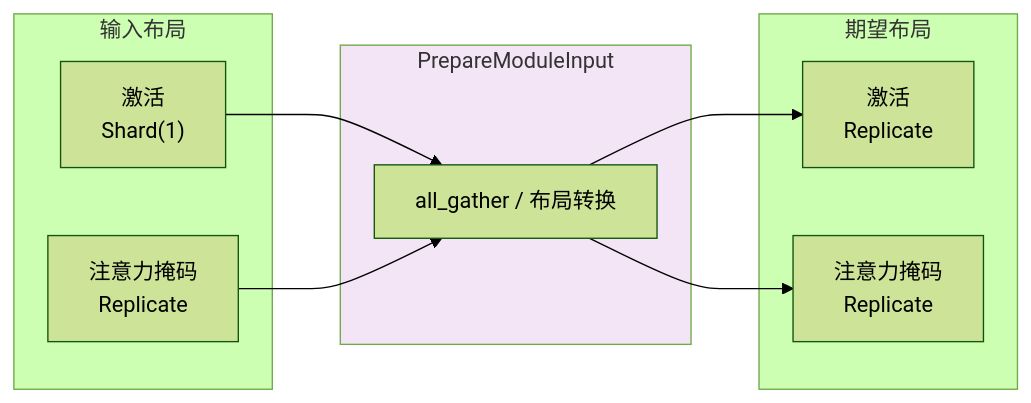
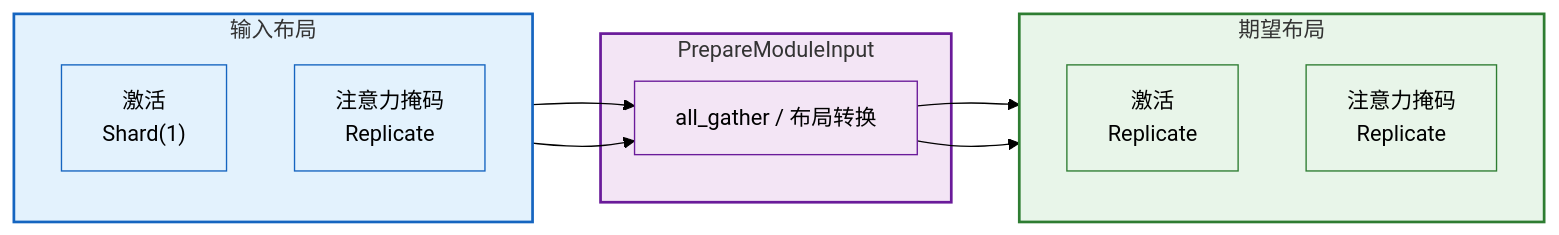
Before and after one commit to jianzhnie/ScaleTorch: diagram 15 of 18 in docs/fsdp2_tp_tutorial.md, drawn with Mermaid (forest theme). The commit also changed other lines of this file, not shown here.

First line of the commit message:
docs(fsdp2_tp_tutorial): refine mermaid diagrams and fix tutorial formatting

````diff
--- a/docs/fsdp2_tp_tutorial.md
+++ b/docs/fsdp2_tp_tutorial.md
@@ -958,23 +1006,32 @@
 ```mermaid
 flowchart LR
- subgraph In["输入布局"]
- I0["激活\nShard(1)"]
- I1["注意力掩码\nReplicate"]
- end
+    subgraph In["输入布局"]
+        direction TB
+        I0["激活\nShard(1)"]
+        I1["注意力掩码\nReplicate"]
+    end
 
- subgraph Prep["PrepareModuleInput"]
- P["all_gather / 布局转换"]
- end
+    subgraph Prep["PrepareModuleInput"]
+        P["all_gather / 布局转换"]
+    end
 
- subgraph Out["期望布局"]
- O0["激活\nReplicate"]
- O1["注意力掩码\nReplicate"]
- end
+    subgraph Out["期望布局"]
+        direction TB
+        O0["激活\nReplicate"]
+        O1["注意力掩码\nReplicate"]
+    end
 
- I0 --> P
- I1 --> P
- P --> O0
- P --> O1
+    I0 --> P
+    I1 --> P
+    P --> O0
+    P --> O1
 
- style Prep fill:#f3e5f5
+    style In fill:#e3f2fd,stroke:#1565c0,stroke-width:2px
+    style Prep fill:#f3e5f5,stroke:#6a1b9a,stroke-width:2px
+    style Out fill:#e8f5e9,stroke:#2e7d32,stroke-width:2px
+    style I0 fill:#e3f2fd,stroke:#1565c0
+    style I1 fill:#e3f2fd,stroke:#1565c0
+    style P fill:#f3e5f5,stroke:#6a1b9a
+    style O0 fill:#e8f5e9,stroke:#2e7d32
+    style O1 fill:#e8f5e9,stroke:#2e7d32
 ```
````
